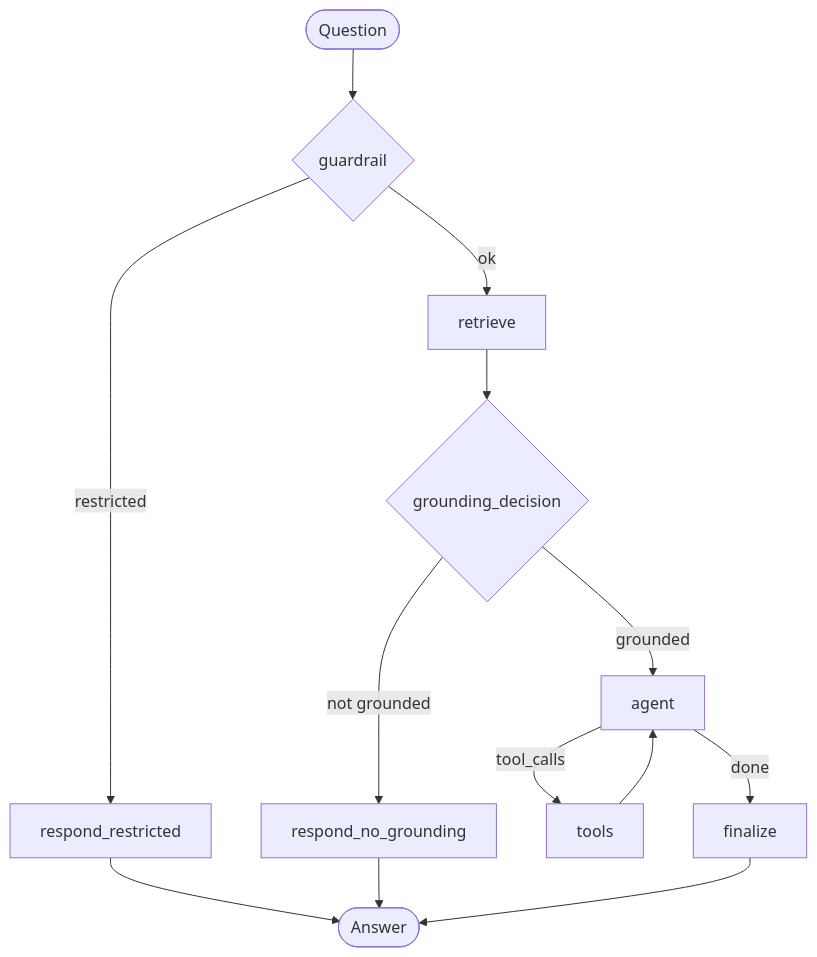
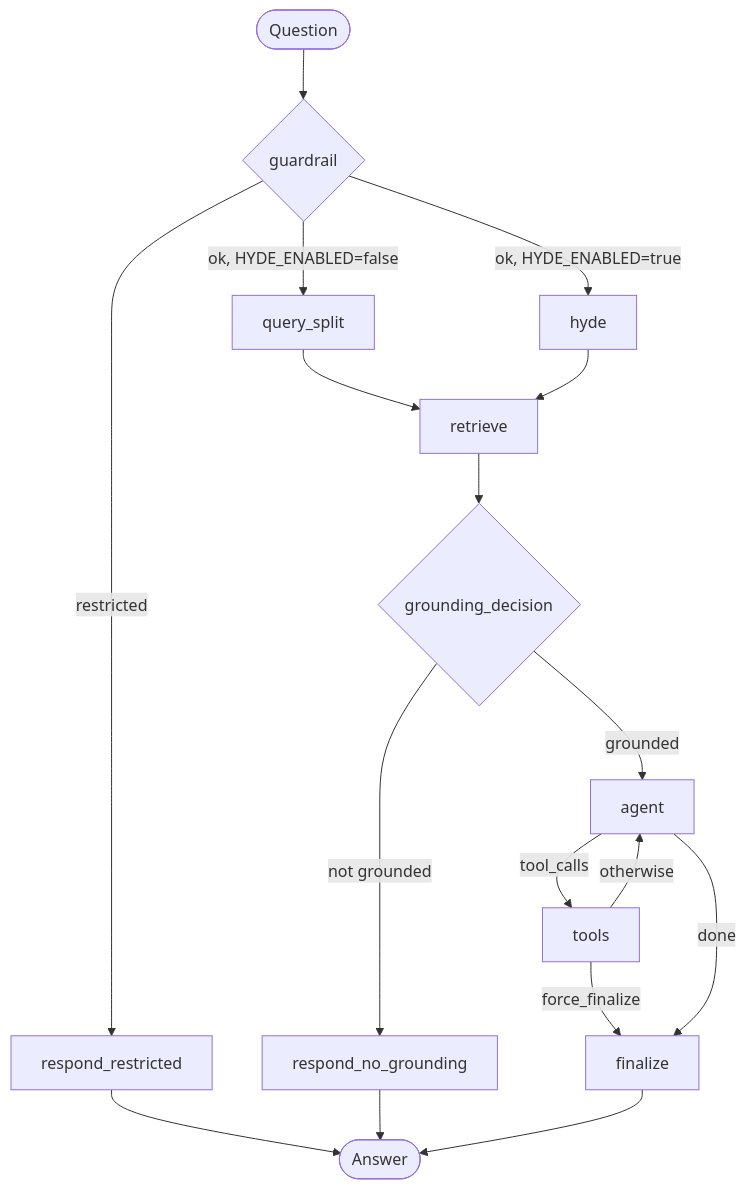
Before and after one commit to dDxCg/BotTuyenSinh: the second of 2 diagrams in README.md, drawn with Mermaid. The commit also changed other lines of this file and 12 other files, not shown here.

First line of the commit message:
Add HyDE and semantic query-split nodes, update README graph diagram

````diff
--- a/README.md
+++ b/README.md
@@ -23,15 +23,19 @@
 ```mermaid
 flowchart TD
     Start([Question]) --> Guardrail{guardrail}
     Guardrail -->|restricted| RespondRestricted[respond_restricted]
-    Guardrail -->|ok| Retrieve[retrieve]
+    Guardrail -->|ok, HYDE_ENABLED=false| QuerySplit[query_split]
+    Guardrail -->|ok, HYDE_ENABLED=true| Hyde[hyde]
+    QuerySplit --> Retrieve[retrieve]
+    Hyde --> Retrieve
     Retrieve --> Grounding{grounding_decision}
     Grounding -->|not grounded| RespondNoGrounding[respond_no_grounding]
     Grounding -->|grounded| Agent[agent]
     Agent -->|tool_calls| Tools[tools]
-    Tools --> Agent
+    Tools -->|force_finalize| Finalize
+    Tools -->|otherwise| Agent
     Agent -->|done| Finalize[finalize]
     RespondRestricted --> End([Answer])
     RespondNoGrounding --> End
     Finalize --> End
 ```
````
